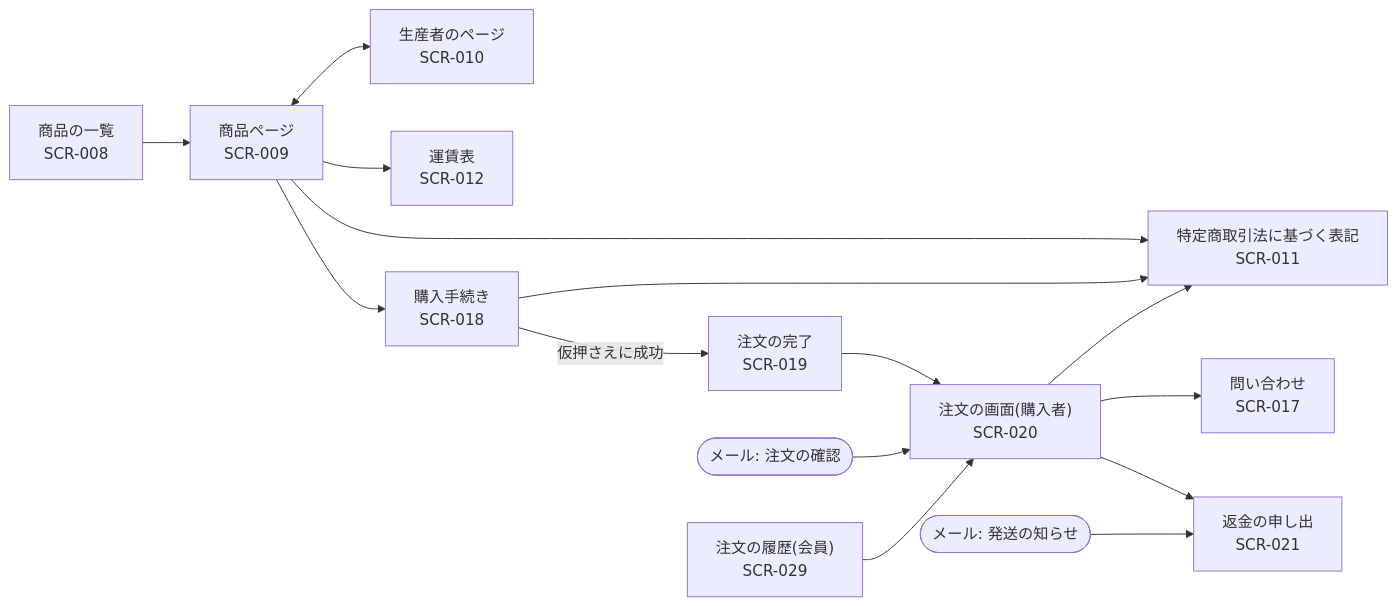
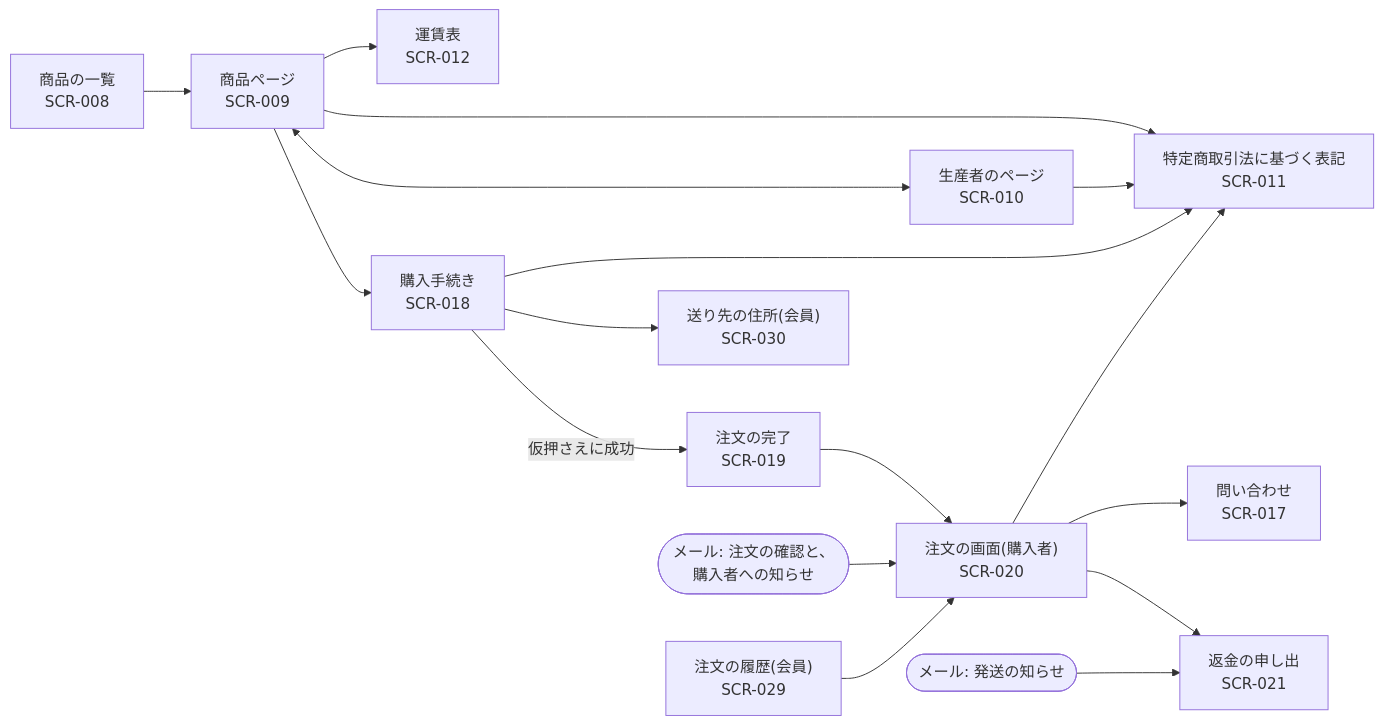
One commit to tenkunomori-emu/emu-farm-ec changed diagram 12 of 16 in docs/02-basic-design.md. Above: the diagram before and after it, drawn with Mermaid. The commit also changed other lines of this file and 1 other file, not shown here.

Commit message:
docs: 返金の途中の発送の知らせの扱いと、画面遷移図と対応表の抜けを直す

````diff
--- a/docs/02-basic-design.md
+++ b/docs/02-basic-design.md
@@ -1330,30 +1332,33 @@
 ```mermaid
 flowchart LR
     S008["商品の一覧<br/>SCR-008"]
     S011["特定商取引法に基づく表記<br/>SCR-011"]
     S010["生産者のページ<br/>SCR-010"]
     S012["運賃表<br/>SCR-012"]
     S009["商品ページ<br/>SCR-009"]
     S018["購入手続き<br/>SCR-018"]
     S019["注文の完了<br/>SCR-019"]
-    M1(["メール: 注文の確認"])
+    M1(["メール: 注文の確認と、<br/>購入者への知らせ"])
     S029["注文の履歴(会員)<br/>SCR-029"]
     S020["注文の画面(購入者)<br/>SCR-020"]
     S017["問い合わせ<br/>SCR-017"]
     S021["返金の申し出<br/>SCR-021"]
     M2(["メール: 発送の知らせ"])
+    S030["送り先の住所(会員)<br/>SCR-030"]
     S009 --> S011
+    S010 --> S011
     S018 --> S011
     S020 --> S011
     S008 --> S009
     S009 <--> S010
     S009 --> S012
     S009 --> S018
     S018 -->|"仮押さえに成功"| S019
     S019 --> S020
     M1 --> S020
     S029 --> S020
     S020 --> S017
     S020 --> S021
     M2 --> S021
+    S018 --> S030
 ```
````
